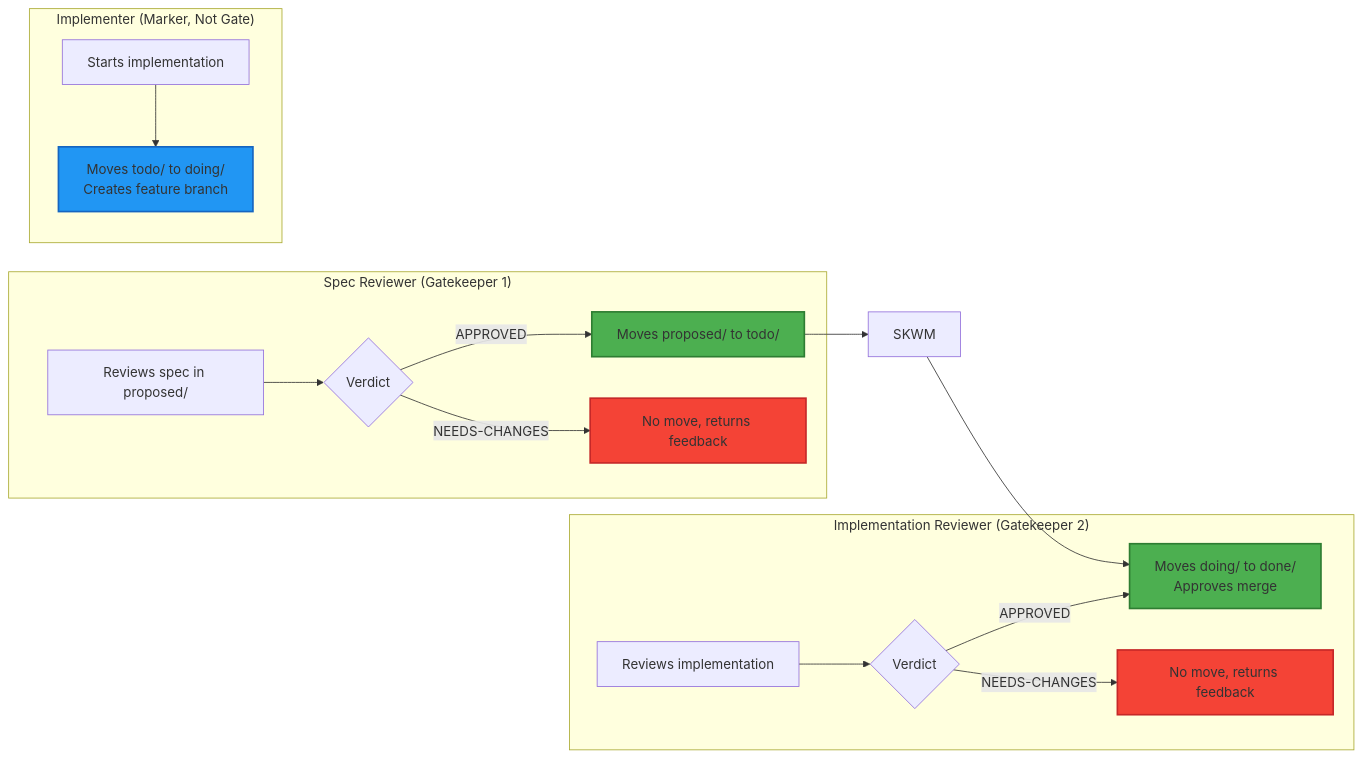
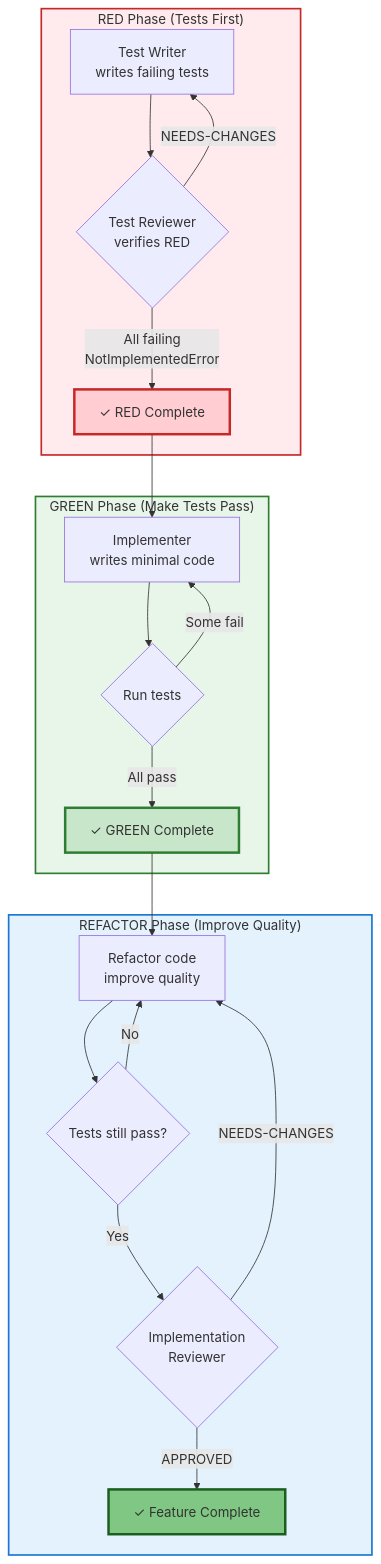
Before and after one commit to abstractionlair/dev_workflow_meta: the sixth of 9 diagrams in workflow-diagram.md, drawn with Mermaid. The commit also changed other lines of this file and 31 other files, not shown here.

````diff
--- a/workflow-diagram.md
+++ b/workflow-diagram.md
@@ -155,31 +427,33 @@
 ```mermaid
-flowchart LR
-    subgraph SpecReviewer["Spec Reviewer (Gatekeeper 1)"]
-        SR[Reviews spec in proposed/]
-        SR --> SRA{Verdict}
-        SRA -->|APPROVED| SRM[Moves proposed/ to todo/]
-        SRA -->|NEEDS-CHANGES| SRN[No move, returns feedback]
+flowchart TB
+    subgraph RED["RED Phase (Tests First)"]
+        TW[Test Writer<br/>writes failing tests]
+        TW --> TR{Test Reviewer<br/>verifies RED}
+        TR -- All failing<br/>NotImplementedError --> RED_DONE[✓ RED Complete]
+        TR -- NEEDS-CHANGES --> TW
     end
     
-    subgraph Implementer["Implementer (Marker, Not Gate)"]
-        IMP[Starts implementation]
-        IMP --> IMPM[Moves todo/ to doing/<br/>Creates feature branch]
+    subgraph GREEN["GREEN Phase (Make Tests Pass)"]
+        RED_DONE --> IMP[Implementer<br/>writes minimal code]
+        IMP --> RUN{Run tests}
+        RUN -- Some fail --> IMP
+        RUN -- All pass --> GREEN_DONE[✓ GREEN Complete]
     end
     
-    subgraph ImplReviewer["Implementation Reviewer (Gatekeeper 2)"]
-        IR[Reviews implementation]
-        IR --> IRA{Verdict}
-        IRA -->|APPROVED| IRM[Moves doing/ to done/<br/>Approves merge]
-        IRA -->|NEEDS-CHANGES| IRN[No move, returns feedback]
+    subgraph REFACTOR["REFACTOR Phase (Improve Quality)"]
+        GREEN_DONE --> REF[Refactor code<br/>improve quality]
+        REF --> RUN2{Tests still pass?}
+        RUN2 -- No --> REF
+        RUN2 -- Yes --> IR{Implementation<br/>Reviewer}
+        IR -- NEEDS-CHANGES --> REF
+        IR -- APPROVED --> DONE[✓ Feature Complete]
     end
     
-    SRM --> SKWM
-    SKWM --> IRM
+    style RED fill:#ffebee,stroke:#c62828,stroke-width:2px
+    style GREEN fill:#e8f5e9,stroke:#2e7d32,stroke-width:2px
+    style REFACTOR fill:#e3f2fd,stroke:#1976d2,stroke-width:2px
     
-    style SRM fill:#4caf50,stroke:#2e7d32,stroke-width:2px
-    style IRM fill:#4caf50,stroke:#2e7d32,stroke-width:2px
-    style IMPM fill:#2196f3,stroke:#1565c0,stroke-width:2px
-    
-    style SRN fill:#f44336,stroke:#c62828,stroke-width:2px
-    style IRN fill:#f44336,stroke:#c62828,stroke-width:2px
+    style RED_DONE fill:#ffcdd2,stroke:#c62828,stroke-width:3px
+    style GREEN_DONE fill:#c8e6c9,stroke:#2e7d32,stroke-width:3px
+    style DONE fill:#81c784,stroke:#1b5e20,stroke-width:3px
 ```
````
